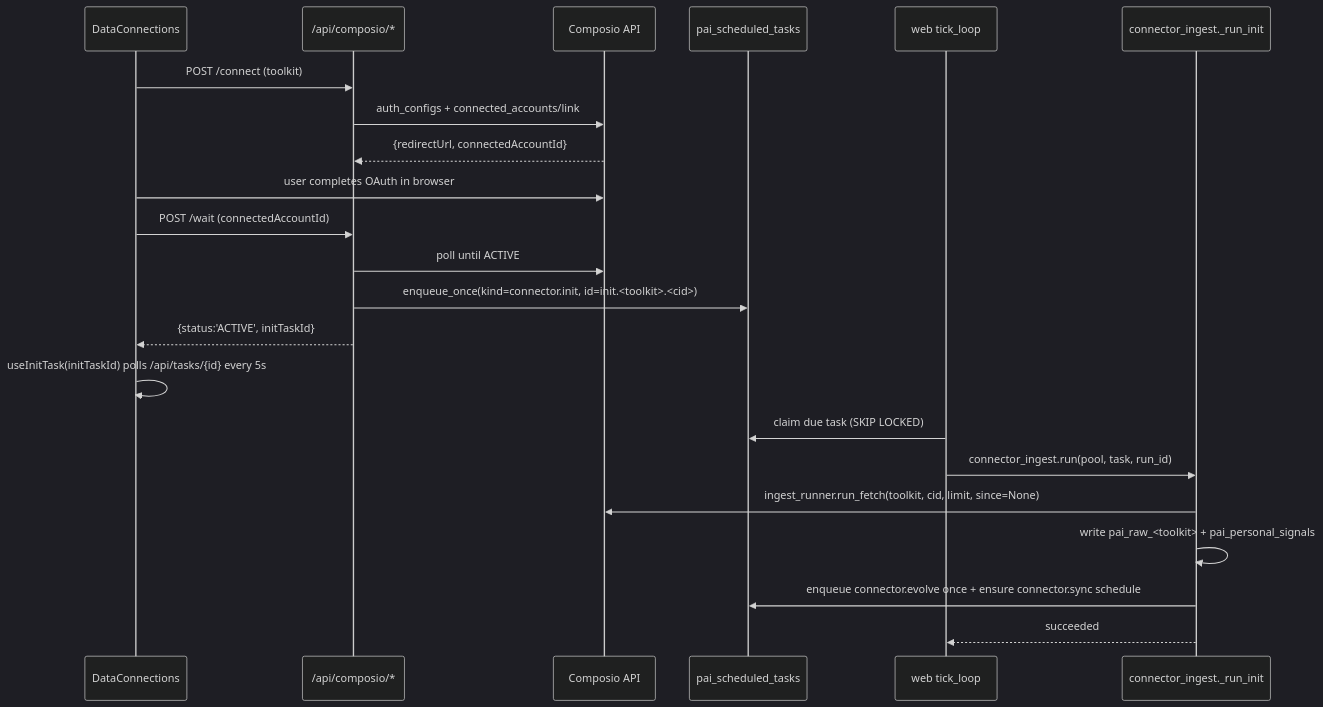
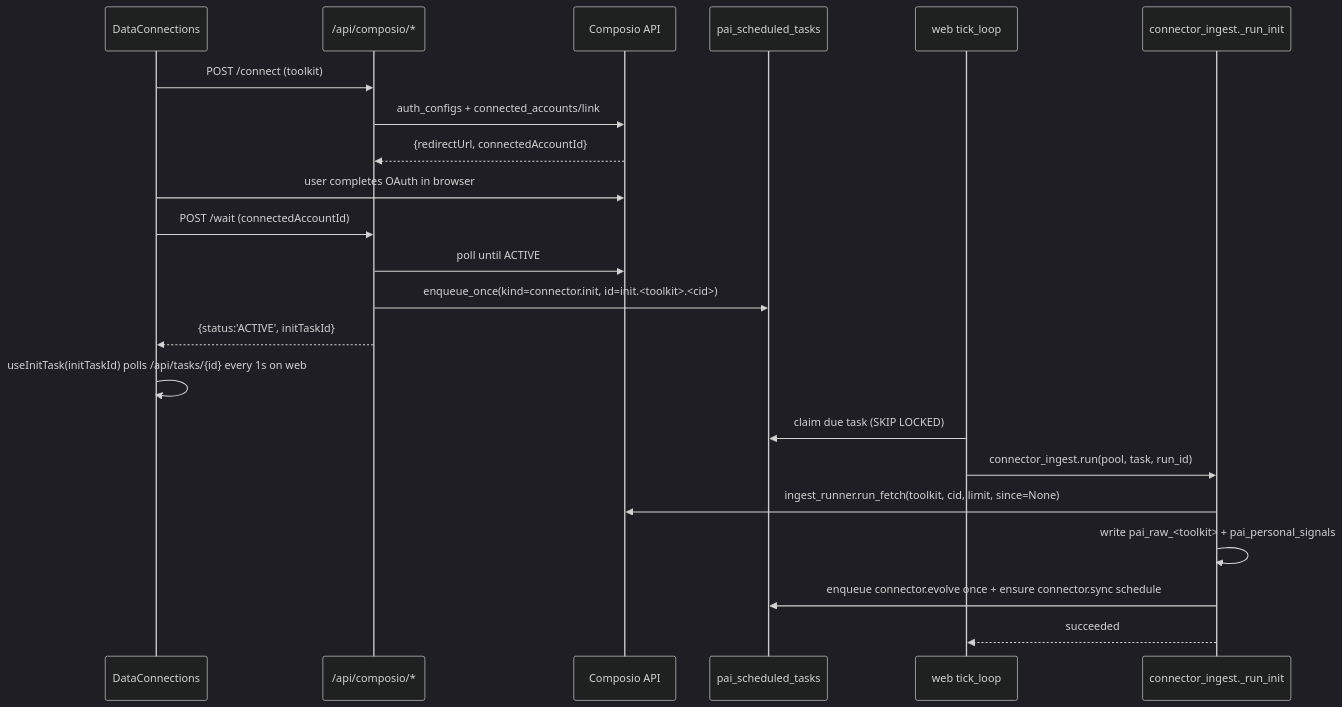
Before and after one commit to Edge-AI-HQ/proactive-assistant: the second of 4 diagrams in docs/modules/data-connectors.mdx, drawn with Mermaid (dark theme). The commit also changed other lines of this file and 11 other files, not shown here.

````diff
--- a/docs/modules/data-connectors.mdx
+++ b/docs/modules/data-connectors.mdx
@@ -112,25 +112,25 @@
 ```mermaid
 sequenceDiagram
   participant UI as DataConnections
   participant Route as /api/composio/*
   participant Composio as Composio API
   participant Q as pai_scheduled_tasks
   participant Sched as web tick_loop
   participant H as connector_ingest._run_init
 
   UI->>Route: POST /connect (toolkit)
   Route->>Composio: auth_configs + connected_accounts/link
   Composio-->>Route: {redirectUrl, connectedAccountId}
   UI->>Composio: user completes OAuth in browser
   UI->>Route: POST /wait (connectedAccountId)
   Route->>Composio: poll until ACTIVE
   Route->>Q: enqueue_once(kind=connector.init, id=init.<toolkit>.<cid>)
   Route-->>UI: {status:'ACTIVE', initTaskId}
-  UI->>UI: useInitTask(initTaskId) polls /api/tasks/{id} every 5s
+  UI->>UI: useInitTask(initTaskId) polls /api/tasks/{id} every 1s on web
   Sched->>Q: claim due task (SKIP LOCKED)
   Sched->>H: connector_ingest.run(pool, task, run_id)
   H->>Composio: ingest_runner.run_fetch(toolkit, cid, limit, since=None)
   H->>H: write pai_raw_<toolkit> + pai_personal_signals
   H->>Q: enqueue connector.evolve once + ensure connector.sync schedule
   H-->>Sched: succeeded
 ```
````
